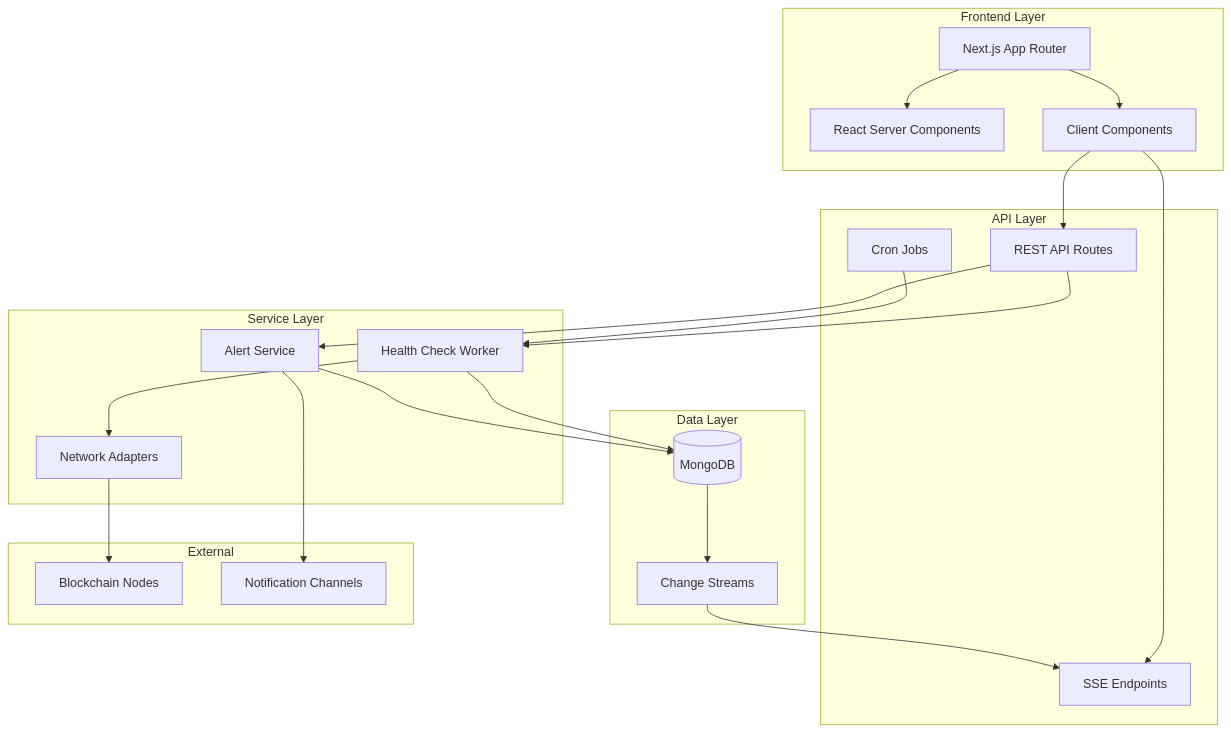
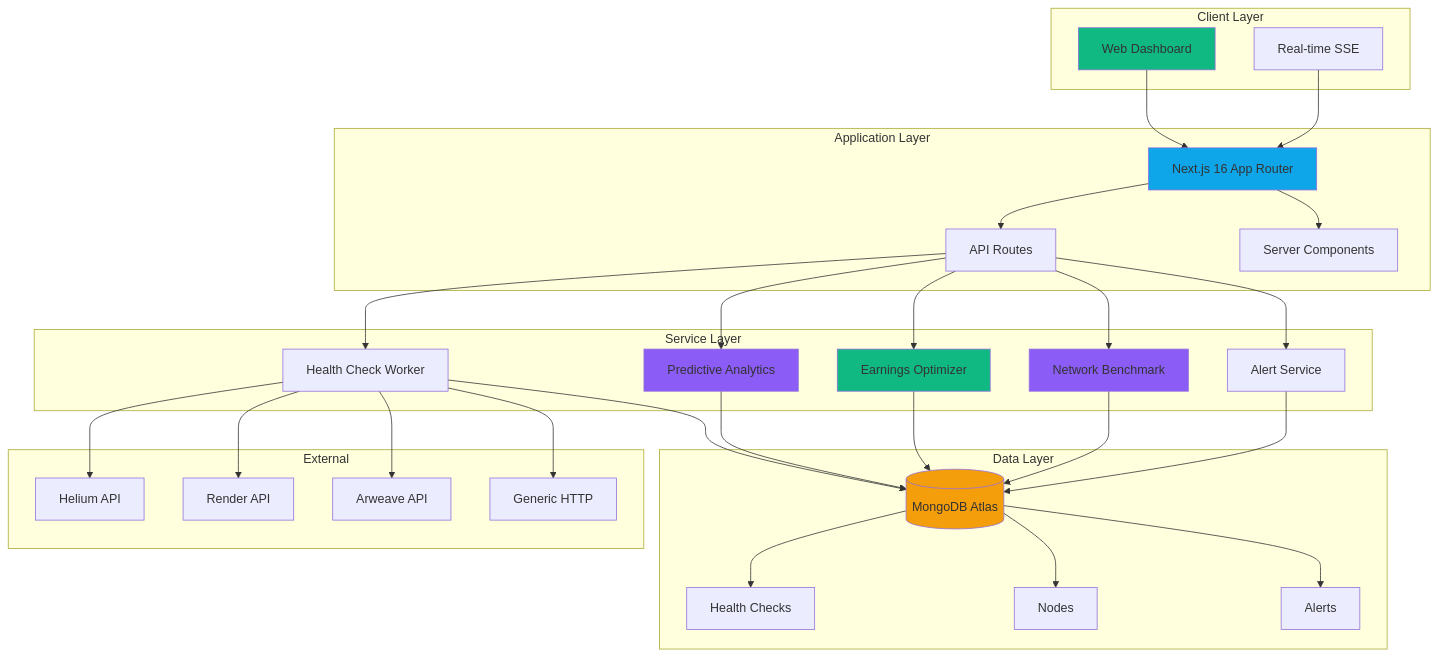
The first of 6 diagrams in README.md (TheSoftNode/NodePulse), drawn with Mermaid before and after one commit. The commit also changed other lines of this file and 56 other files, not shown here.

````diff
--- a/README.md
+++ b/README.md
@@ -86,45 +101,64 @@
 ```mermaid
 graph TB
-    subgraph "Frontend Layer"
-        A[Next.js App Router]
-        B[React Server Components]
-        C[Client Components]
+    subgraph "Client Layer"
+        A[Web Dashboard]
+        B[Real-time SSE]
     end
 
-    subgraph "API Layer"
-        D[REST API Routes]
-        E[SSE Endpoints]
-        F[Cron Jobs]
+    subgraph "Application Layer"
+        C[Next.js 16 App Router]
+        D[API Routes]
+        E[Server Components]
     end
 
     subgraph "Service Layer"
-        G[Health Check Worker]
-        H[Alert Service]
-        I[Network Adapters]
+        F[Health Check Worker]
+        G[Predictive Analytics]
+        H[Earnings Optimizer]
+        I[Network Benchmark]
+        J[Alert Service]
     end
 
     subgraph "Data Layer"
-        J[(MongoDB)]
-        K[Change Streams]
+        K[(MongoDB Atlas)]
+        L[Health Checks]
+        M[Nodes]
+        N[Alerts]
     end
 
     subgraph "External"
-        L[Blockchain Nodes]
-        M[Notification Channels]
+        O[Helium API]
+        P[Render API]
+        Q[Arweave API]
+        R[Generic HTTP]
     end
 
-    A --> B
     A --> C
+    B --> C
     C --> D
     C --> E
+    D --> F
     D --> G
     D --> H
-    F --> G
-    G --> I
-    H --> M
-    I --> L
-    G --> J
-    H --> J
+    D --> I
+    D --> J
+    F --> K
+    G --> K
+    H --> K
+    I --> K
     J --> K
-    K --> E
+    K --> L
+    K --> M
+    K --> N
+    F --> O
+    F --> P
+    F --> Q
+    F --> R
+
+    style A fill:#10b981
+    style C fill:#0ea5e9
+    style G fill:#8b5cf6
+    style H fill:#10b981
+    style I fill:#8b5cf6
+    style K fill:#f59e0b
 ```
````
